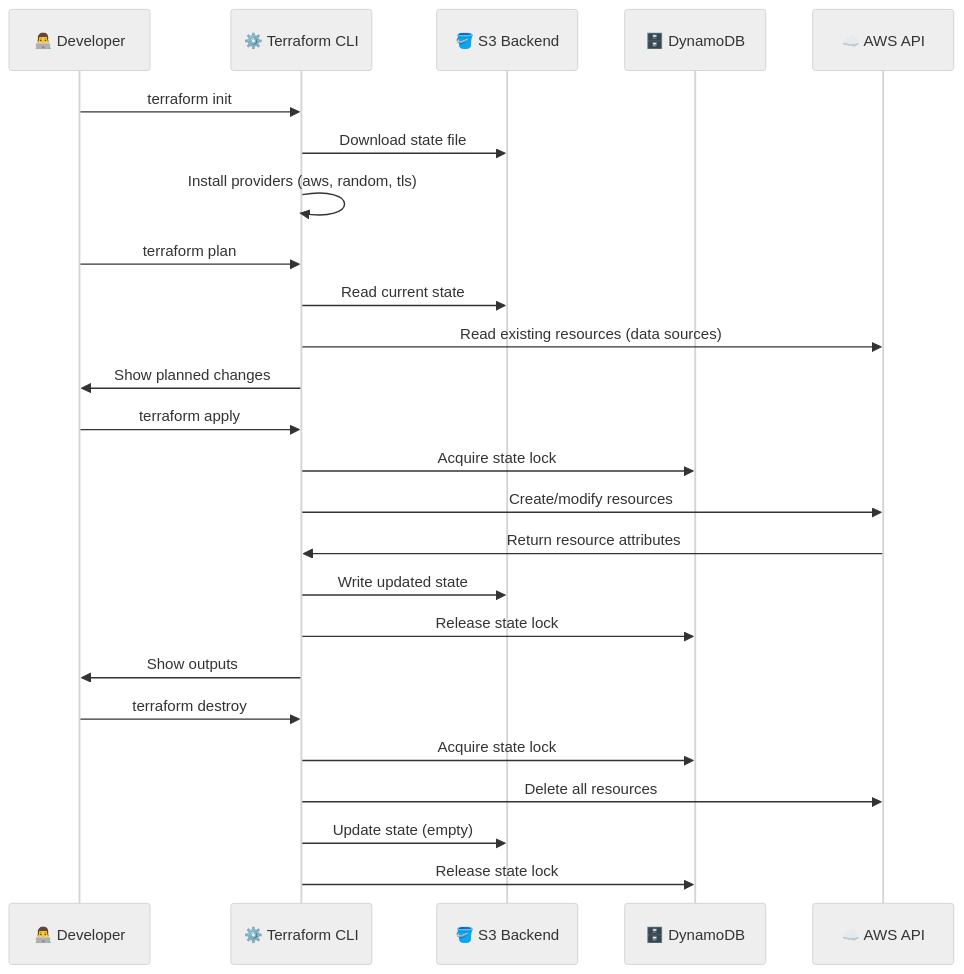
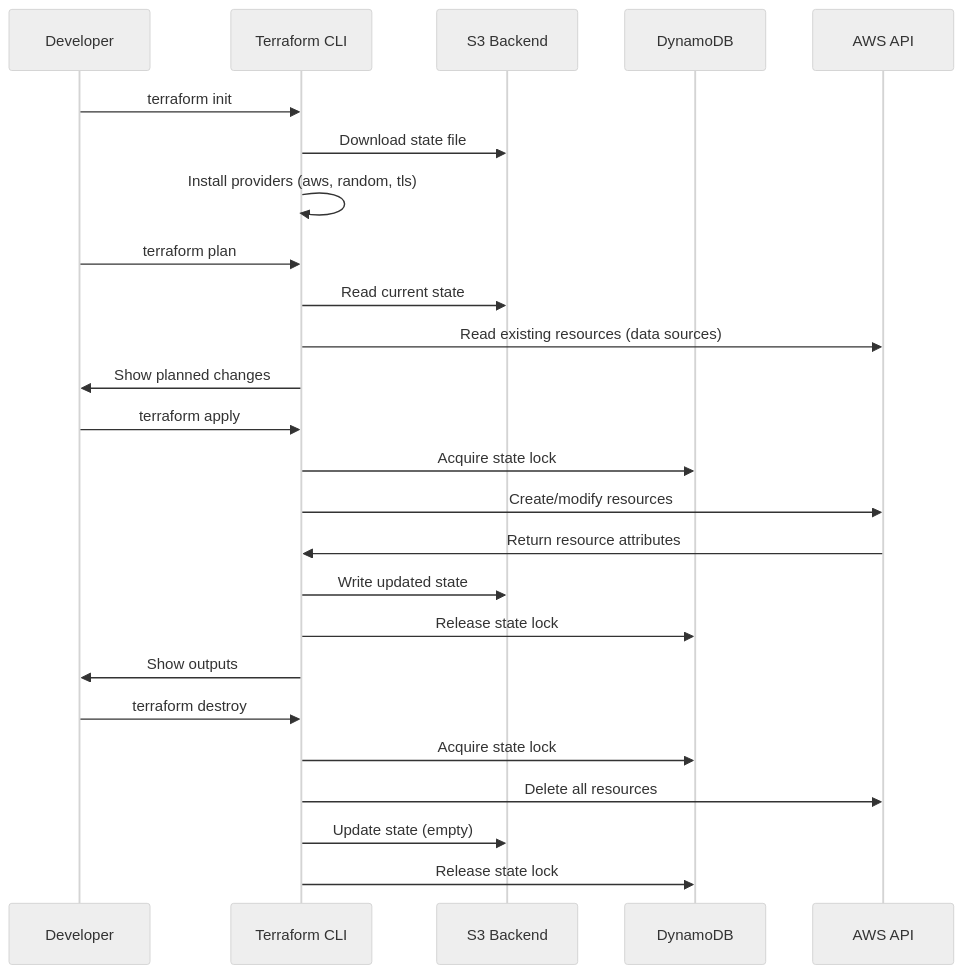
Before and after one commit to anandd46/Terraform-AWS-Infrastructure---Production-Style-VPC-EC2-S3-Deployment: the fourth of 7 diagrams in README.md, drawn with Mermaid (neutral theme). The commit also changed other lines of this file, not shown here.

````diff
--- a/README.md
+++ b/README.md
@@ -329,31 +329,31 @@
 ```mermaid
 sequenceDiagram
-    participant Dev as 👨‍💻 Developer
-    participant TF as ⚙️ Terraform CLI
-    participant S3 as 🪣 S3 Backend
-    participant DDB as 🗄️ DynamoDB
-    participant AWS as ☁️ AWS API
+    participant Dev as Developer
+    participant TF as Terraform CLI
+    participant S3 as S3 Backend
+    participant DDB as DynamoDB
+    participant AWS as AWS API
 
     Dev->>TF: terraform init
     TF->>S3: Download state file
     TF->>TF: Install providers (aws, random, tls)
 
     Dev->>TF: terraform plan
     TF->>S3: Read current state
     TF->>AWS: Read existing resources (data sources)
     TF->>Dev: Show planned changes
 
     Dev->>TF: terraform apply
     TF->>DDB: Acquire state lock
     TF->>AWS: Create/modify resources
     AWS->>TF: Return resource attributes
     TF->>S3: Write updated state
     TF->>DDB: Release state lock
     TF->>Dev: Show outputs
 
     Dev->>TF: terraform destroy
     TF->>DDB: Acquire state lock
     TF->>AWS: Delete all resources
     TF->>S3: Update state (empty)
     TF->>DDB: Release state lock
 ```
````
